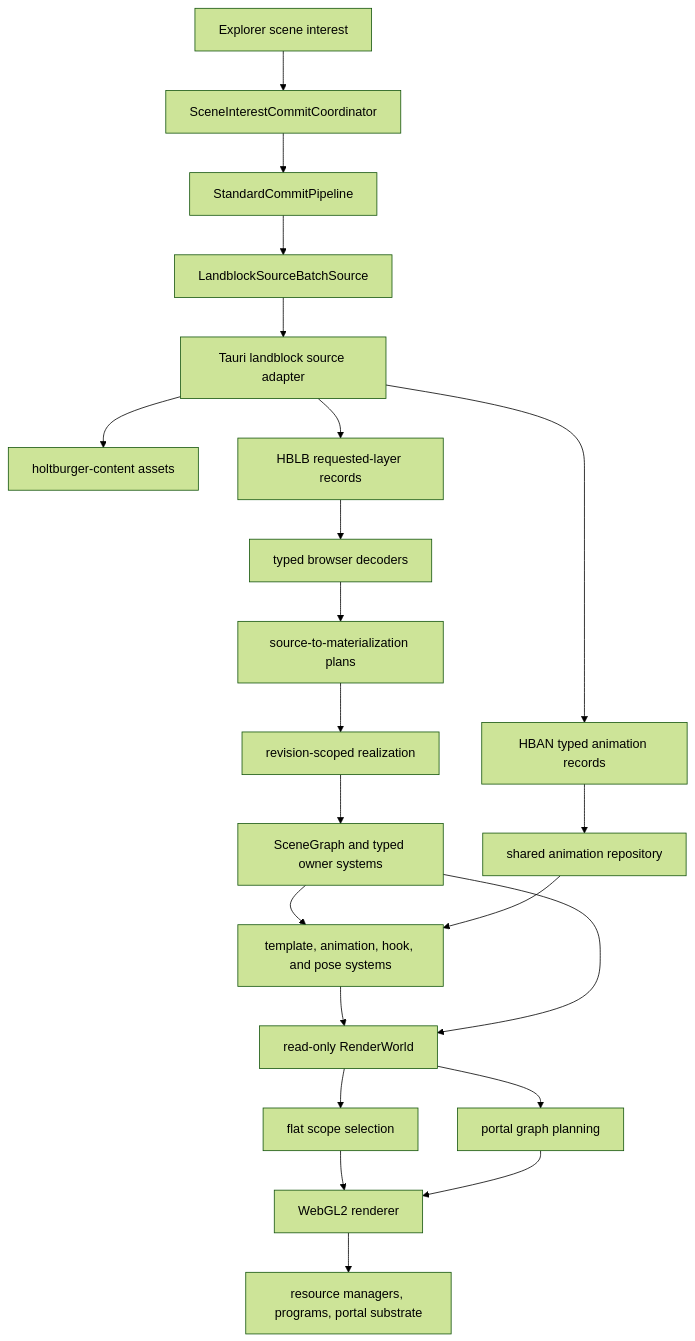
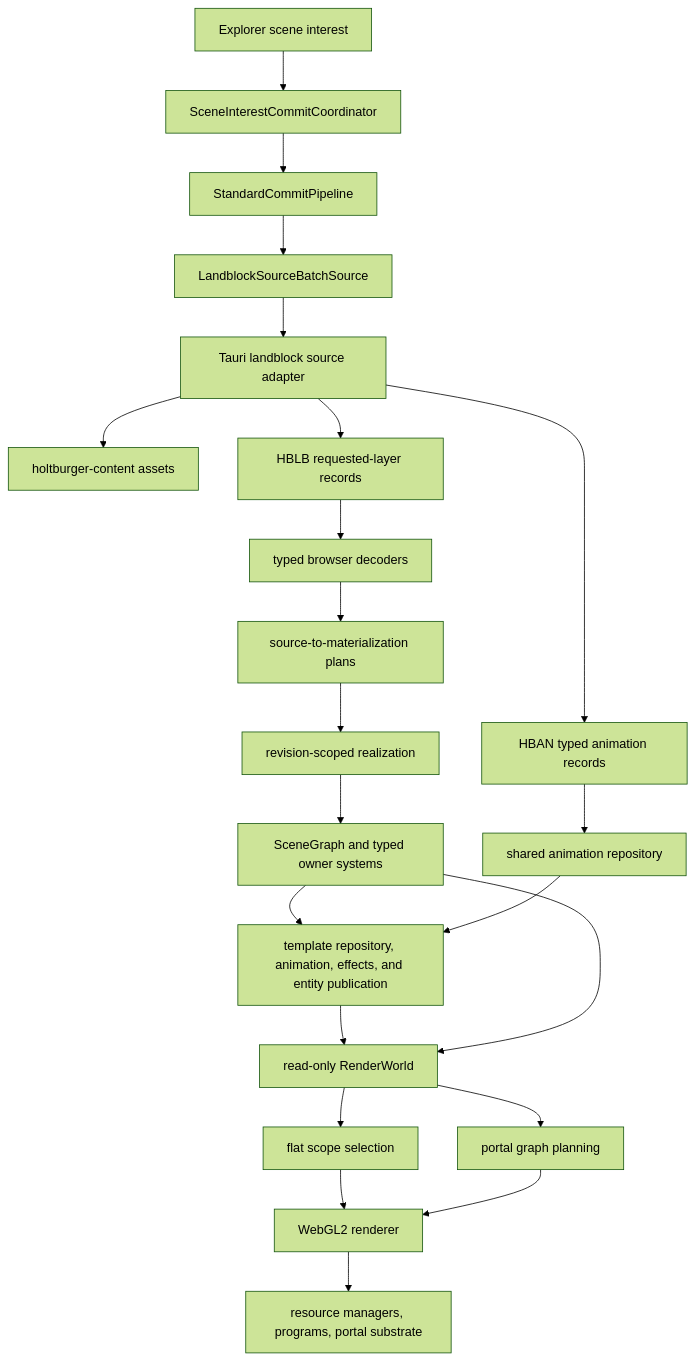
Before and after one commit to merklejerk/holtburger: the first of 2 diagrams in apps/holtburger-3d/ARCHITECTURE_AUDIT.md, drawn with Mermaid (forest theme). The commit also changed other lines of this file and 46 other files, not shown here.

First line of the commit message:
Converge dynamic entity presentation architecture

````diff
--- a/apps/holtburger-3d/ARCHITECTURE_AUDIT.md
+++ b/apps/holtburger-3d/ARCHITECTURE_AUDIT.md
@@ -23,24 +26,24 @@
 ```mermaid
 flowchart TD
     Interest[Explorer scene interest] --> Coordinator[SceneInterestCommitCoordinator]
     Coordinator --> Pipeline[StandardCommitPipeline]
     Pipeline --> Batch[LandblockSourceBatchSource]
     Batch --> Host[Tauri landblock source adapter]
     Host --> Content[holtburger-content assets]
     Host --> HBLB[HBLB requested-layer records]
     HBLB --> Decode[typed browser decoders]
     Decode --> Materialize[source-to-materialization plans]
     Materialize --> Realize[revision-scoped realization]
     Realize --> Systems[SceneGraph and typed owner systems]
     Host --> HBAN[HBAN typed animation records]
     HBAN --> AnimRepo[shared animation repository]
-    Systems --> Dynamic[template, animation, hook, and pose systems]
+    Systems --> Dynamic[template repository, animation, effects, and entity publication]
     AnimRepo --> Dynamic
     Dynamic --> World
     Systems --> World[read-only RenderWorld]
     World --> Flat[flat scope selection]
     World --> Portal[portal graph planning]
     Flat --> Renderer[WebGL2 renderer]
     Portal --> Renderer
     Renderer --> Device[resource managers, programs, portal substrate]
 ```
````
